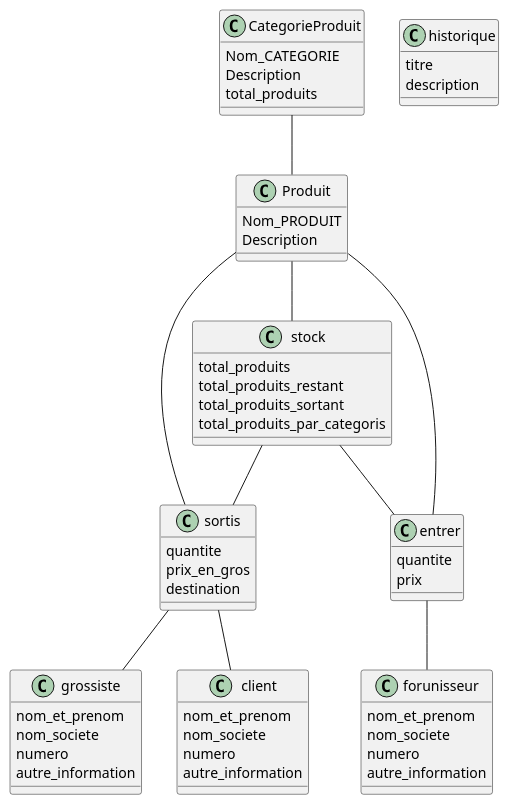
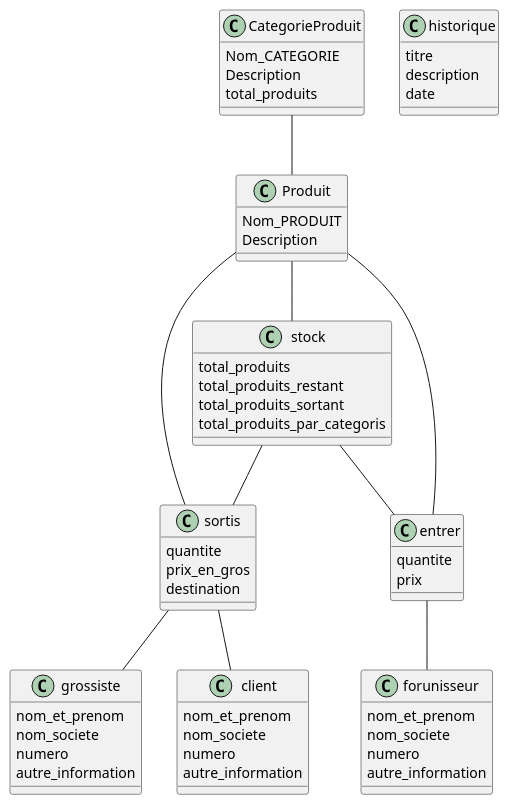
The diagram in structure.pu (lilraz70/Gestion_STOCK), drawn with PlantUML before and after one commit.

```diff
--- a/structure.pu
+++ b/structure.pu
@@ -1,71 +1,72 @@
 @startuml
 
 class CategorieProduit{
     Nom_CATEGORIE
     Description
     total_produits
 }
 
 class Produit{
     Nom_PRODUIT
     Description
     
 }
 
 class stock{
     total_produits
     total_produits_restant
     total_produits_sortant
     total_produits_par_categoris
 }
 
 class sortis{
     quantite
     prix_en_gros
     destination
 }
 
 class entrer{
     quantite
     prix
 }
 
 class grossiste{
     nom_et_prenom
     nom_societe
     numero
     autre_information
 }
 
 class forunisseur{
     nom_et_prenom
     nom_societe
     numero
     autre_information
 }
 
 class client{
     nom_et_prenom
     nom_societe
     numero
     autre_information
 }
 
 class historique{
     titre
     description
+    date
 }
 
 CategorieProduit -- Produit
 Produit -- stock
 Produit -- sortis
 Produit -- entrer
 entrer -- forunisseur
 sortis -- grossiste
 sortis -- client
 stock -- sortis
 stock -- entrer
 
 
 
 @enduml
```
